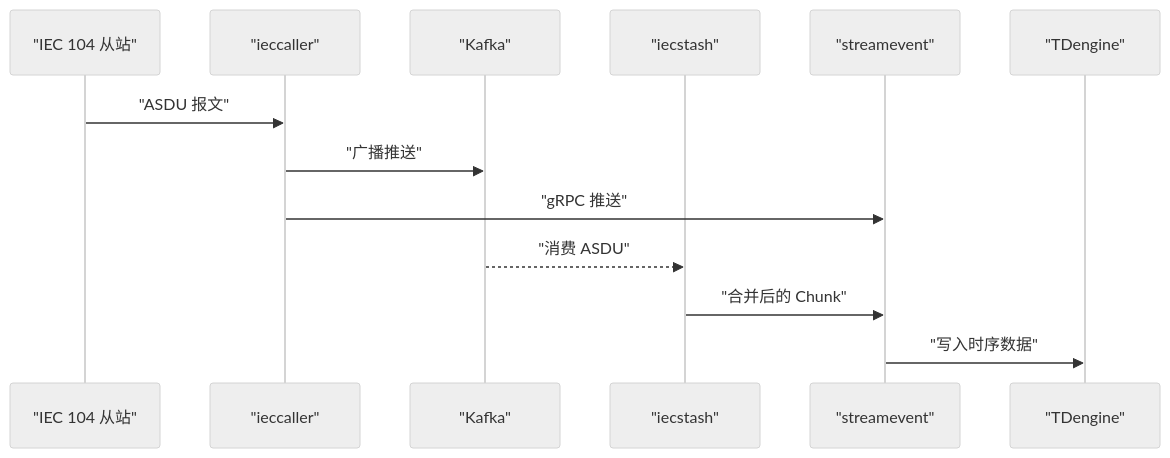
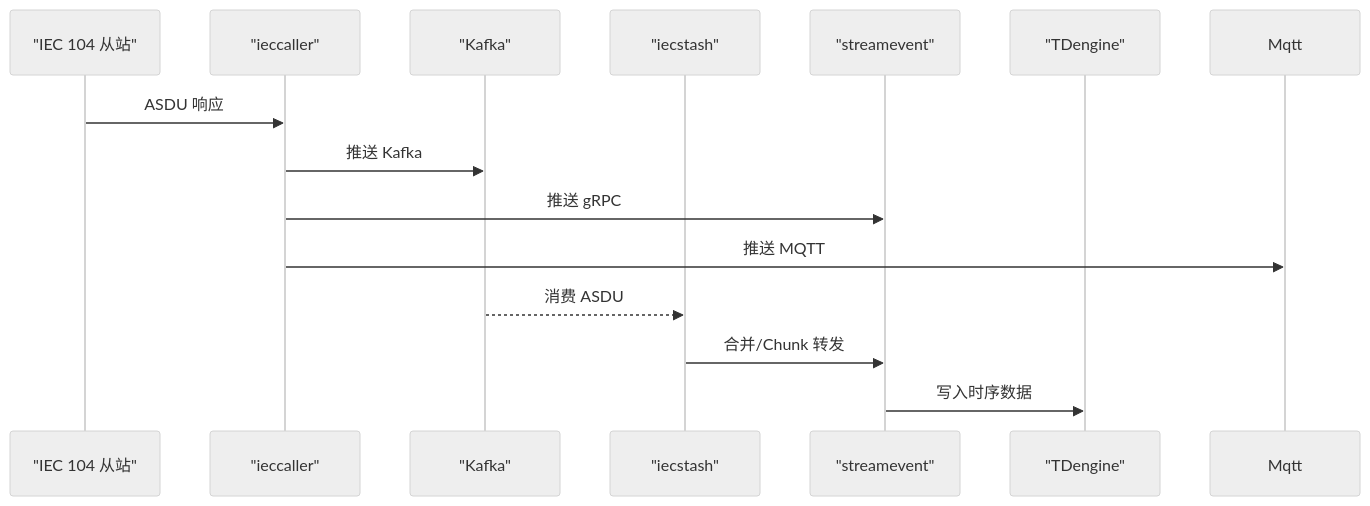
Before and after one commit to maomao94/zero-service: the third of 6 diagrams in .qoder/repowiki/zh/content/项目概述/项目概述.md, drawn with Mermaid (neutral theme). The commit also changed other lines of this file and 362 other files, not shown here.

````diff
--- a/.qoder/repowiki/zh/content/项目概述/项目概述.md
+++ b/.qoder/repowiki/zh/content/项目概述/项目概述.md
@@ -207,15 +151,16 @@
 ```mermaid
 sequenceDiagram
-participant STATION as "IEC 104 从站"
-participant CALLER as "ieccaller"
-participant KAFKA as "Kafka"
-participant STASH as "iecstash"
-participant SE as "streamevent"
+participant From as "IEC 104 从站"
+participant Caller as "ieccaller"
+participant Kafka as "Kafka"
+participant Stash as "iecstash"
+participant Stream as "streamevent"
 participant TD as "TDengine"
-STATION->>CALLER : "ASDU 报文"
-CALLER->>KAFKA : "广播推送"
-CALLER->>SE : "gRPC 推送"
-KAFKA-->>STASH : "消费 ASDU"
-STASH->>SE : "合并后的 Chunk"
-SE->>TD : "写入时序数据"
+From->>Caller : ASDU 响应
+Caller->>Kafka : 推送 Kafka
+Caller->>Stream : 推送 gRPC
+Caller->>Mqtt : 推送 MQTT
+Kafka-->>Stash : 消费 ASDU
+Stash->>Stream : 合并/Chunk 转发
+Stream->>TD : 写入时序数据
 ```
````
